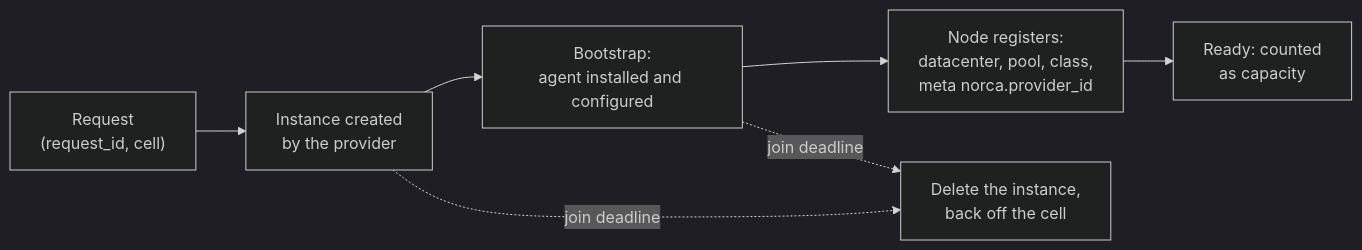
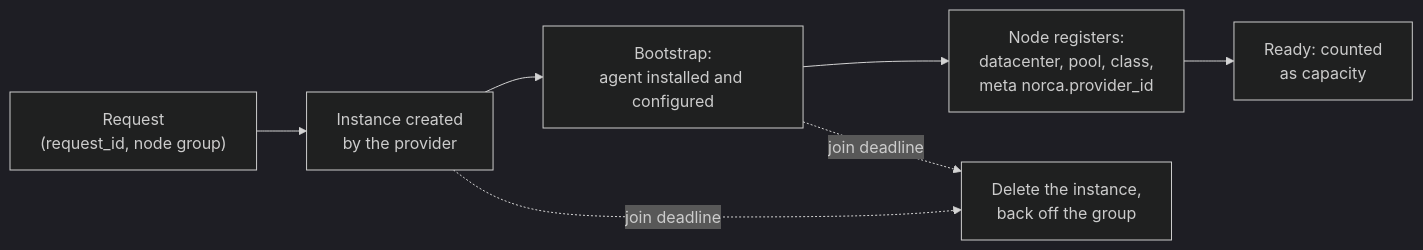
Before and after one commit to bacanoo-io/norca-doc: the seventh of 10 diagrams in content/docs/design/cluster-scaling-plan.md, drawn with Mermaid (dark theme). The commit also changed other lines of this file, not shown here.

Commit message:
Cluster scaling plan: node group as the region-local scaling unit, Traefik and mTLS example

````diff
--- a/content/docs/design/cluster-scaling-plan.md
+++ b/content/docs/design/cluster-scaling-plan.md
@@ -237,9 +315,9 @@
 ```mermaid
 flowchart LR
-  R["Request<br/>(request_id, cell)"] --> I["Instance created<br/>by the provider"]
+  R["Request<br/>(request_id, node group)"] --> I["Instance created<br/>by the provider"]
   I --> B["Bootstrap:<br/>agent installed and configured"]
   B --> J["Node registers:<br/>datacenter, pool, class,<br/>meta norca.provider_id"]
   J --> OK["Ready: counted<br/>as capacity"]
-  I -. "join deadline" .-> X["Delete the instance,<br/>back off the cell"]
+  I -. "join deadline" .-> X["Delete the instance,<br/>back off the group"]
   B -. "join deadline" .-> X
 ```
````
